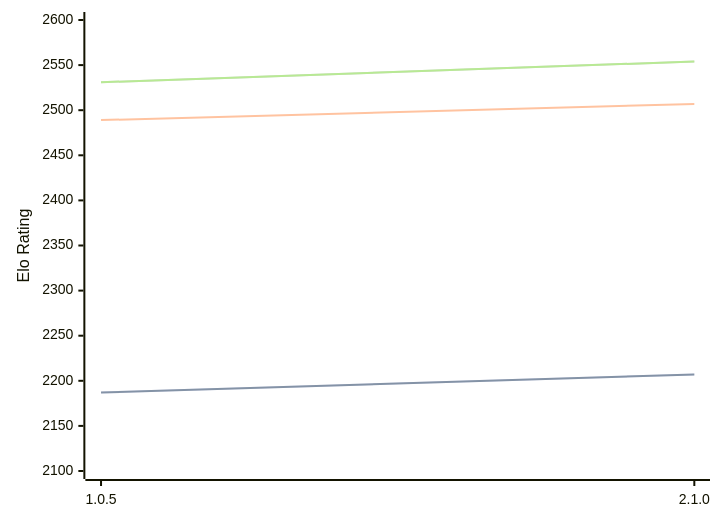
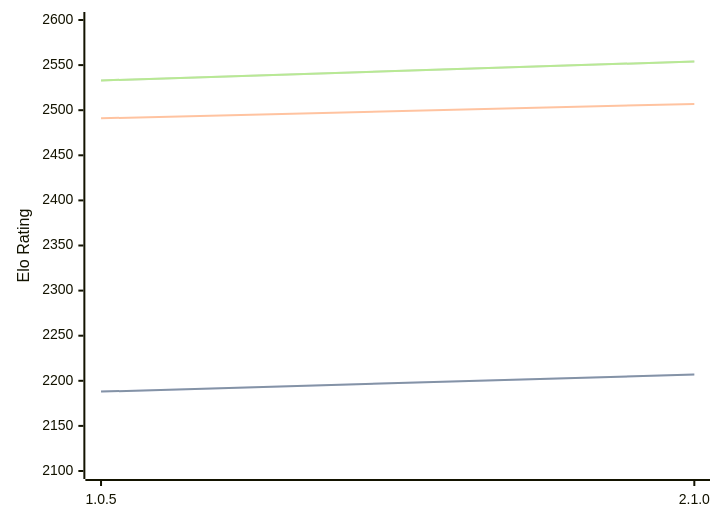
One commit to computer-chess-index/cci changed the diagram in engines/Ruffian.md. Above: the diagram before and after it, drawn with Mermaid. The commit also changed other lines of this file, not shown here.

Commit message:
Update CCI Ratings (ELO VLTC) - 2026-05-12

````diff
--- a/engines/Ruffian.md
+++ b/engines/Ruffian.md
@@ -32,11 +32,11 @@
 ```mermaid
 %%{init: {"theme":"base","themeVariables":{"seriesColors:['#a3a3a3','#222221','#faa371']}}}%%
 xychart-beta
   x-axis ["1.0.5", "2.1.0"]
   y-axis "Elo Rating" 2100 --> 2600
-  line "STC (8.0+0.08s)" [2187, 2207]
-  line "STC (8.0+0.08s)" [2187, 2207]
-  line "LTC (60.0+0.60s)" [2489, 2507]
-  line "VLTC (2m24s+1.12s)" [2531, 2554]
-  line "VLTC (2m24s+1.12s)" [2531, 2554]
+  line "STC (8.0+0.08s)" [2188, 2207]
+  line "STC (8.0+0.08s)" [2188, 2207]
+  line "LTC (60.0+0.60s)" [2491, 2507]
+  line "VLTC (2m24s+1.12s)" [2533, 2554]
+  line "VLTC (2m24s+1.12s)" [2533, 2554]
 ```
````
